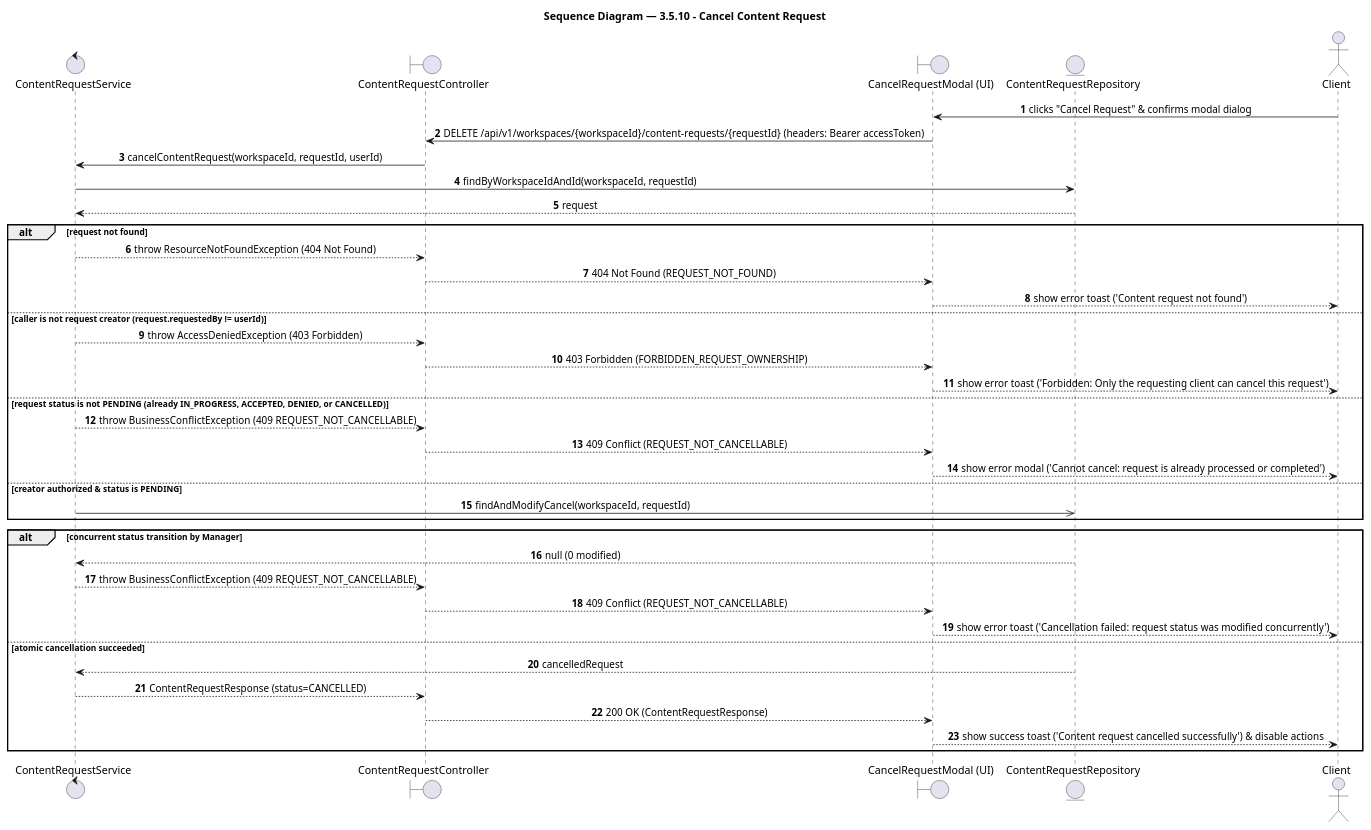
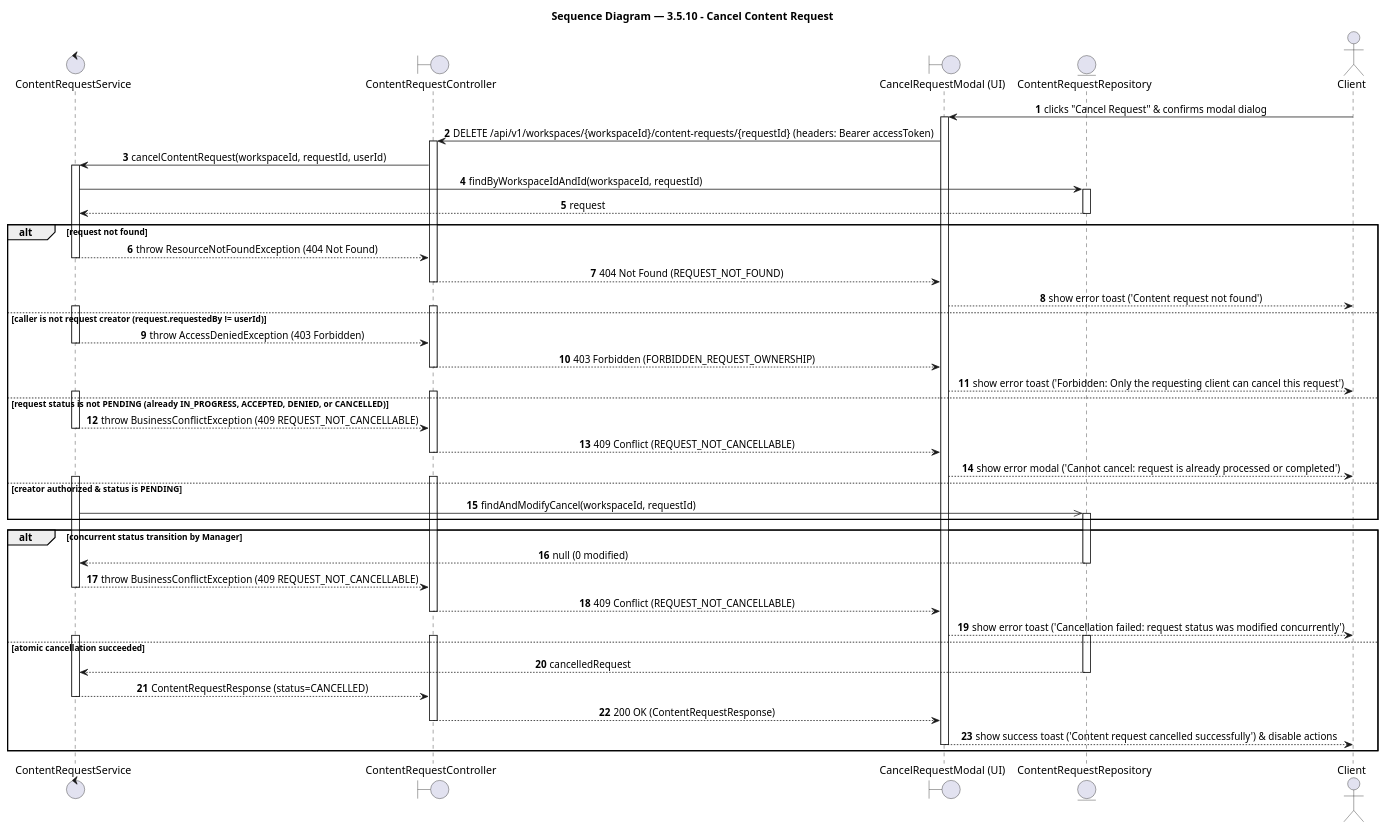
One commit to BrandHubOrganization/brandhub-infrastructure changed the diagram in docs/feature/media-package-campaign/3-5-10-cancel-request/report4_sequence.puml. Above: the diagram before and after it, drawn with PlantUML. The commit also changed 149 other files, not shown here.

Commit message:
docs(sequence): fix activation bars across all sequence diagrams according to UML 2.5 rules

```diff
--- a/docs/feature/media-package-campaign/3-5-10-cancel-request/report4_sequence.puml
+++ b/docs/feature/media-package-campaign/3-5-10-cancel-request/report4_sequence.puml
@@ -1,53 +1,81 @@
 @startuml 3.5.10 - Cancel Content Request
 title Sequence Diagram — 3.5.10 - Cancel Content Request
 
 autonumber
 skinparam shadowing false
 skinparam sequenceMessageAlign center
 skinparam BoxPadding 10
 skinparam ParticipantPadding 10
 
 ' === Participants ===
 control "ContentRequestService" as contentrequestservic
 boundary "ContentRequestController" as contentrequestcontro
 boundary "CancelRequestModal (UI)" as cancelrequestmodalui
 entity "ContentRequestRepository" as contentrequestreposi
 actor "Client" as client
 
 ' === Flow ===
 client -> cancelrequestmodalui: clicks "Cancel Request" & confirms modal dialog
+activate cancelrequestmodalui
 cancelrequestmodalui -> contentrequestcontro: DELETE /api/v1/workspaces/{workspaceId}/content-requests/{requestId} (headers: Bearer accessToken)
+activate contentrequestcontro
 contentrequestcontro -> contentrequestservic: cancelContentRequest(workspaceId, requestId, userId)
+activate contentrequestservic
 contentrequestservic -> contentrequestreposi: findByWorkspaceIdAndId(workspaceId, requestId)
+activate contentrequestreposi
 contentrequestreposi --> contentrequestservic: request
+deactivate contentrequestreposi
 
 alt request not found
   contentrequestservic --> contentrequestcontro: throw ResourceNotFoundException (404 Not Found)
+  deactivate contentrequestservic
   contentrequestcontro --> cancelrequestmodalui: 404 Not Found (REQUEST_NOT_FOUND)
+  deactivate contentrequestcontro
   cancelrequestmodalui --> client: show error toast ('Content request not found')
 else caller is not request creator (request.requestedBy != userId)
+  activate contentrequestcontro
+  activate contentrequestservic
   contentrequestservic --> contentrequestcontro: throw AccessDeniedException (403 Forbidden)
+  deactivate contentrequestservic
   contentrequestcontro --> cancelrequestmodalui: 403 Forbidden (FORBIDDEN_REQUEST_OWNERSHIP)
+  deactivate contentrequestcontro
   cancelrequestmodalui --> client: show error toast ('Forbidden: Only the requesting client can cancel this request')
 else request status is not PENDING (already IN_PROGRESS, ACCEPTED, DENIED, or CANCELLED)
+  activate contentrequestcontro
+  activate contentrequestservic
   contentrequestservic --> contentrequestcontro: throw BusinessConflictException (409 REQUEST_NOT_CANCELLABLE)
+  deactivate contentrequestservic
   contentrequestcontro --> cancelrequestmodalui: 409 Conflict (REQUEST_NOT_CANCELLABLE)
+  deactivate contentrequestcontro
   cancelrequestmodalui --> client: show error modal ('Cannot cancel: request is already processed or completed')
 else creator authorized & status is PENDING
+  activate contentrequestcontro
+  activate contentrequestservic
   contentrequestservic ->> contentrequestreposi: findAndModifyCancel(workspaceId, requestId)
+  activate contentrequestreposi
 end
 
 
 alt concurrent status transition by Manager
   contentrequestreposi --> contentrequestservic: null (0 modified)
+  deactivate contentrequestreposi
   contentrequestservic --> contentrequestcontro: throw BusinessConflictException (409 REQUEST_NOT_CANCELLABLE)
+  deactivate contentrequestservic
   contentrequestcontro --> cancelrequestmodalui: 409 Conflict (REQUEST_NOT_CANCELLABLE)
+  deactivate contentrequestcontro
   cancelrequestmodalui --> client: show error toast ('Cancellation failed: request status was modified concurrently')
 else atomic cancellation succeeded
+  activate contentrequestcontro
+  activate contentrequestservic
+  activate contentrequestreposi
   contentrequestreposi --> contentrequestservic: cancelledRequest
+  deactivate contentrequestreposi
   contentrequestservic --> contentrequestcontro: ContentRequestResponse (status=CANCELLED)
+  deactivate contentrequestservic
   contentrequestcontro --> cancelrequestmodalui: 200 OK (ContentRequestResponse)
+  deactivate contentrequestcontro
   cancelrequestmodalui --> client: show success toast ('Content request cancelled successfully') & disable actions
+  deactivate cancelrequestmodalui
 end
 
 @enduml
```
